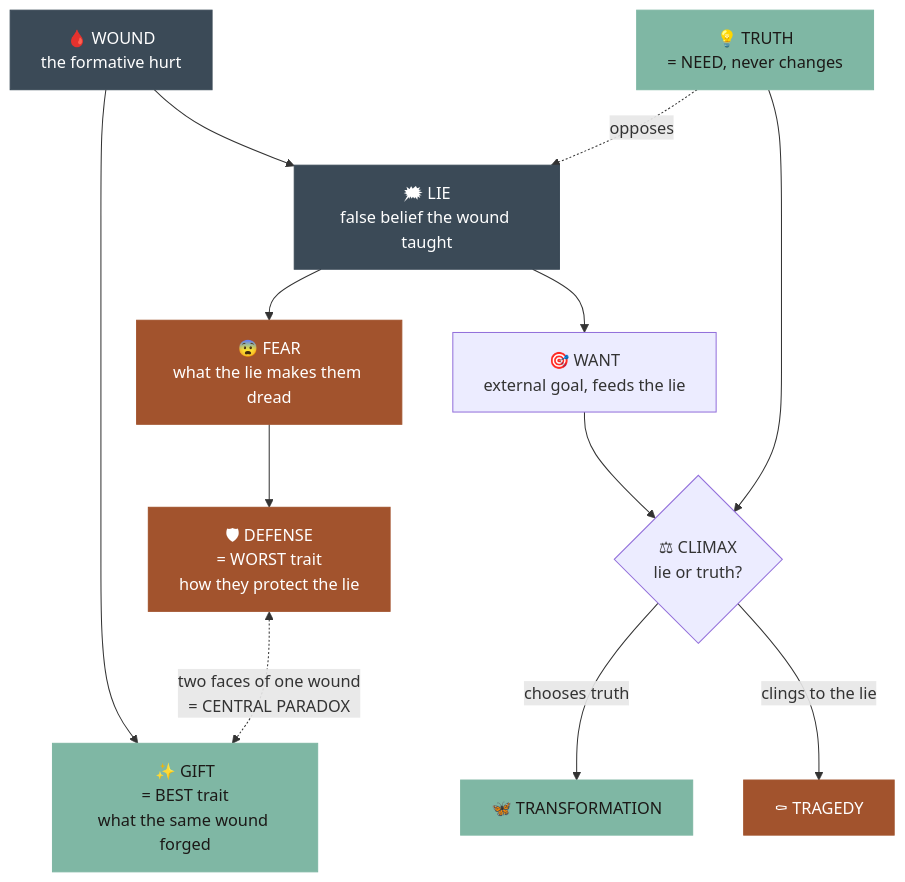
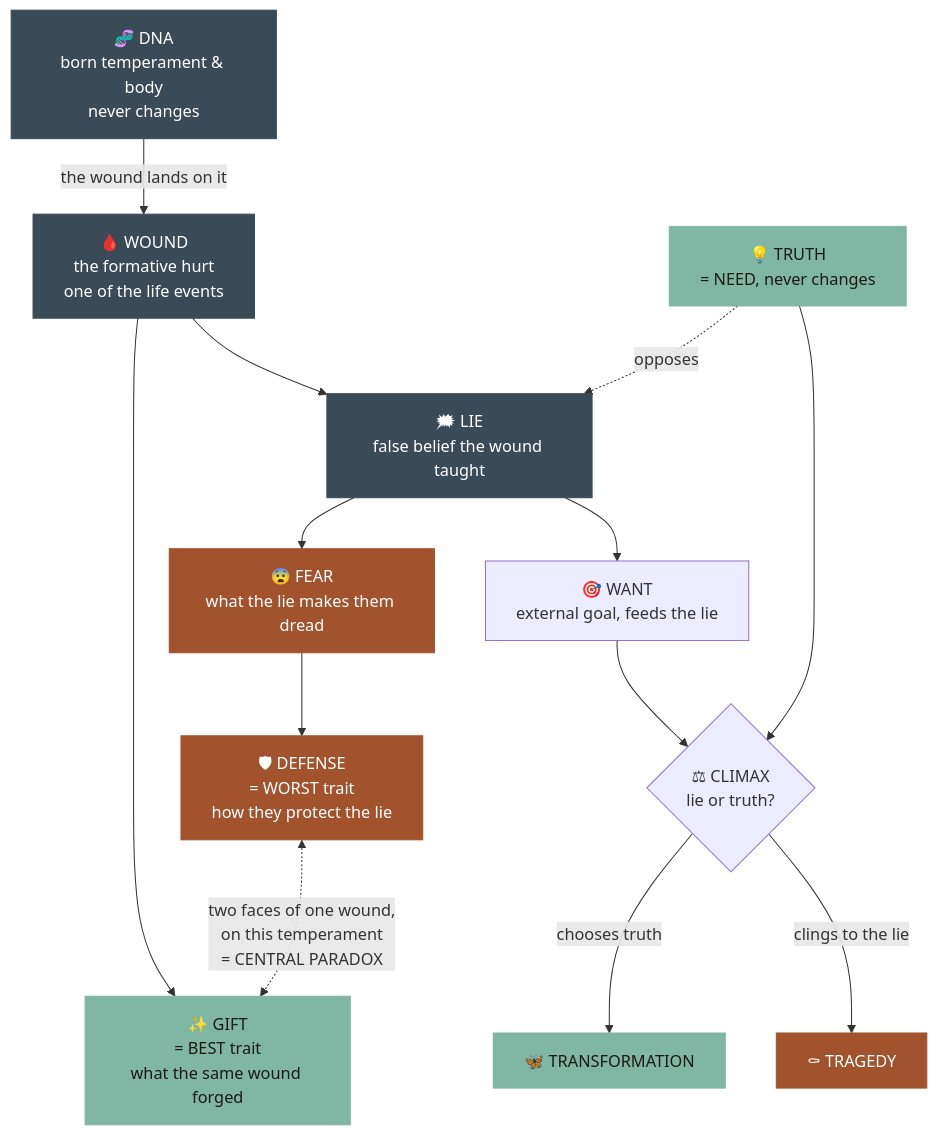
Before and after one commit to gdhub-io/character-forge-mcp: the first of 10 diagrams in docs/character-anatomy.md, drawn with Mermaid. The commit also changed other lines of this file and 36 other files, not shown here.

First line of the commit message:
feat: a DNA layer in the card core, so characters have a personality, not only a wound (#38)

````diff
--- a/docs/character-anatomy.md
+++ b/docs/character-anatomy.md
@@ -13,22 +13,23 @@
 ```mermaid
 flowchart TD
-    W["🩸 WOUND<br/>the formative hurt"] --> L["🗯 LIE<br/>false belief the wound taught"]
+    DNA["🧬 DNA<br/>born temperament & body<br/>never changes"] -->|"the wound lands on it"| W["🩸 WOUND<br/>the formative hurt<br/>one of the life events"]
+    W --> L["🗯 LIE<br/>false belief the wound taught"]
     L --> F["😨 FEAR<br/>what the lie makes them dread"]
     F --> D["🛡 DEFENSE<br/>= WORST trait<br/>how they protect the lie"]
     W --> G["✨ GIFT<br/>= BEST trait<br/>what the same wound forged"]
-    D <-.->|"two faces of one wound<br/>= CENTRAL PARADOX"| G
+    D <-.->|"two faces of one wound,<br/>on this temperament<br/>= CENTRAL PARADOX"| G
 
     L --> WANT["🎯 WANT<br/>external goal, feeds the lie"]
     T["💡 TRUTH<br/>= NEED, never changes"] -.->|"opposes"| L
     WANT --> C{"⚖ CLIMAX<br/>lie or truth?"}
     T --> C
     C -->|"chooses truth"| TR["🦋 TRANSFORMATION"]
     C -->|"clings to the lie"| TRAG["⚰ TRAGEDY"]
 
     classDef core fill:#3B4A57,color:#fff,stroke:#3B4A57
     classDef good fill:#7FB7A4,color:#1c1917,stroke:#7FB7A4
     classDef bad fill:#A2532D,color:#fff,stroke:#A2532D
-    class W,L core
+    class DNA,W,L core
     class G,T,TR good
     class F,D,TRAG bad
 ```
````
